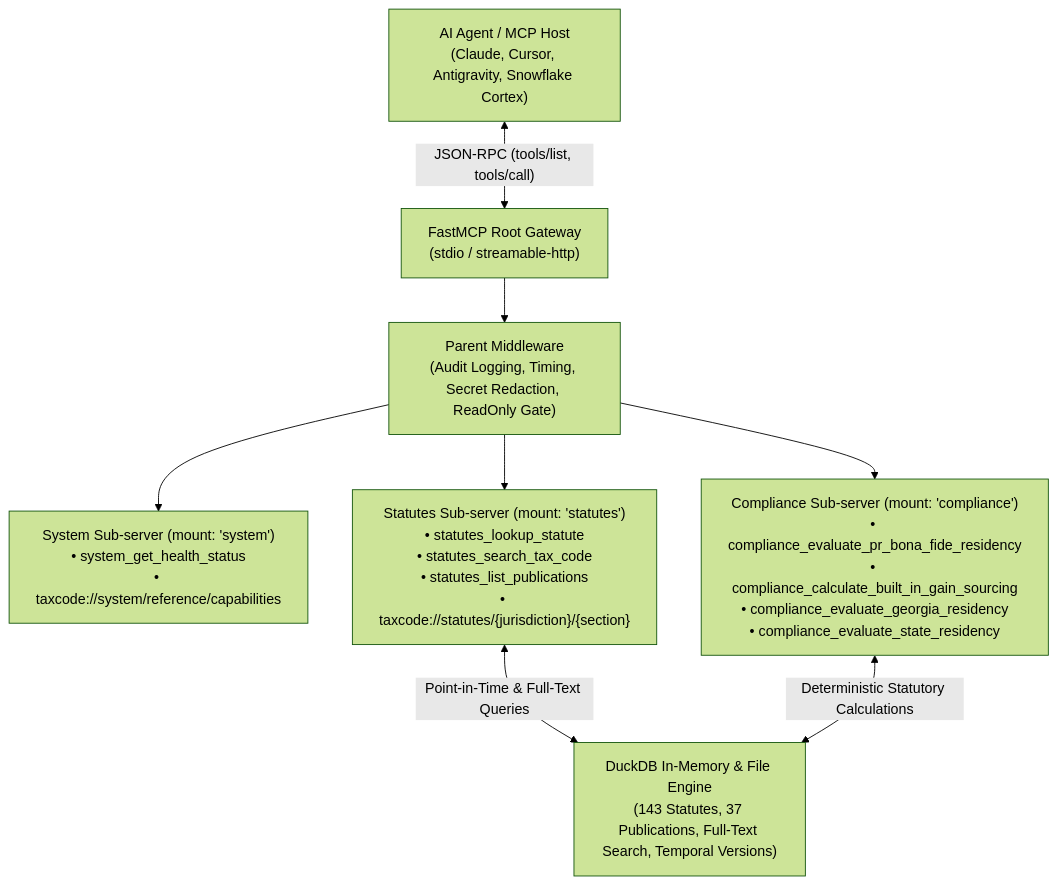
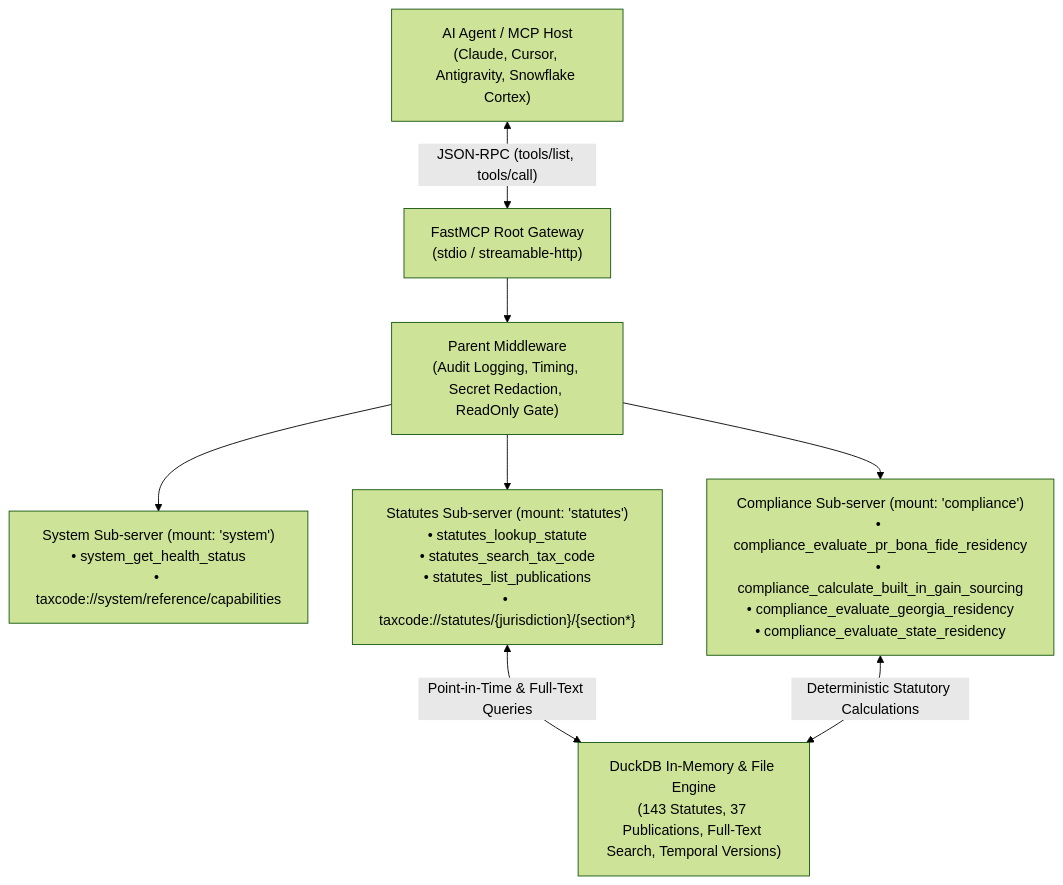
Before and after one commit to christianclaudio/mcp-server-taxcode: the diagram in README.md, drawn with Mermaid (forest theme). The commit also changed other lines of this file and 7 other files, not shown here.

````diff
--- a/README.md
+++ b/README.md
@@ -22,18 +22,18 @@
 ```mermaid
 graph TD
     Client["AI Agent / MCP Host<br>(Claude, Cursor, Antigravity, Snowflake Cortex)"]
     Gateway["FastMCP Root Gateway<br>(stdio / streamable-http)"]
     ParentMW["Parent Middleware<br>(Audit Logging, Timing, Secret Redaction, ReadOnly Gate)"]
     SysSub["System Sub-server (mount: 'system')<br>• system_get_health_status<br>• taxcode://system/reference/capabilities"]
-    StatSub["Statutes Sub-server (mount: 'statutes')<br>• statutes_lookup_statute<br>• statutes_search_tax_code<br>• statutes_list_publications<br>• taxcode://statutes/{jurisdiction}/{section}"]
+    StatSub["Statutes Sub-server (mount: 'statutes')<br>• statutes_lookup_statute<br>• statutes_search_tax_code<br>• statutes_list_publications<br>• taxcode://statutes/{jurisdiction}/{section*}"]
     CompSub["Compliance Sub-server (mount: 'compliance')<br>• compliance_evaluate_pr_bona_fide_residency<br>• compliance_calculate_built_in_gain_sourcing<br>• compliance_evaluate_georgia_residency<br>• compliance_evaluate_state_residency"]
     DuckDB["DuckDB In-Memory & File Engine<br>(143 Statutes, 37 Publications, Full-Text Search, Temporal Versions)"]
 
     Client <-->|"JSON-RPC (tools/list, tools/call)"| Gateway
     Gateway --> ParentMW
     ParentMW --> SysSub
     ParentMW --> StatSub
     ParentMW --> CompSub
     StatSub <-->|"Point-in-Time & Full-Text Queries"| DuckDB
     CompSub <-->|"Deterministic Statutory Calculations"| DuckDB
 ```
````
